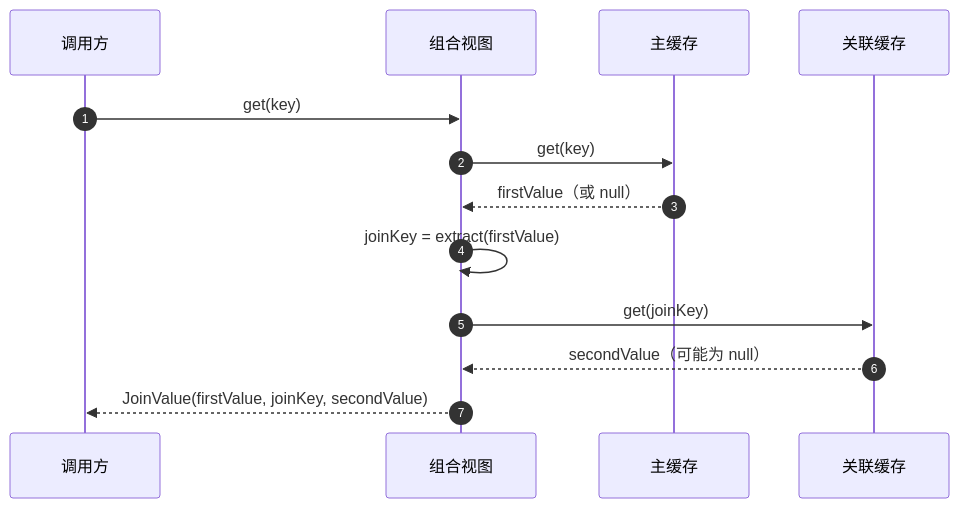
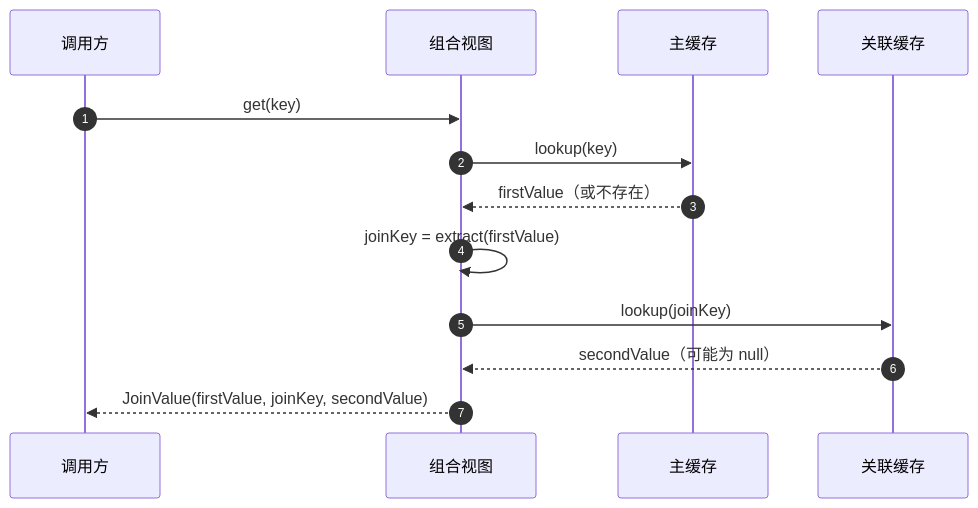
One commit to Ahoo-Wang/CoCache changed the diagram in wiki/zh/guide/join-cache.md. Above: the diagram before and after it, drawn with Mermaid. The commit also changed other lines of this file and 23 other files, not shown here.

````diff
--- a/wiki/zh/guide/join-cache.md
+++ b/wiki/zh/guide/join-cache.md
@@ -10,15 +10,15 @@
 ```mermaid
 sequenceDiagram
     autonumber
     participant C as 调用方
     participant J as 组合视图
     participant F as 主缓存
     participant S as 关联缓存
     C->>J: get(key)
-    J->>F: get(key)
-    F-->>J: firstValue（或 null）
+    J->>F: lookup(key)
+    F-->>J: firstValue（或不存在）
     J->>J: joinKey = extract(firstValue)
-    J->>S: get(joinKey)
+    J->>S: lookup(joinKey)
     S-->>J: secondValue（可能为 null）
     J-->>C: JoinValue(firstValue, joinKey, secondValue)
 ```
````
